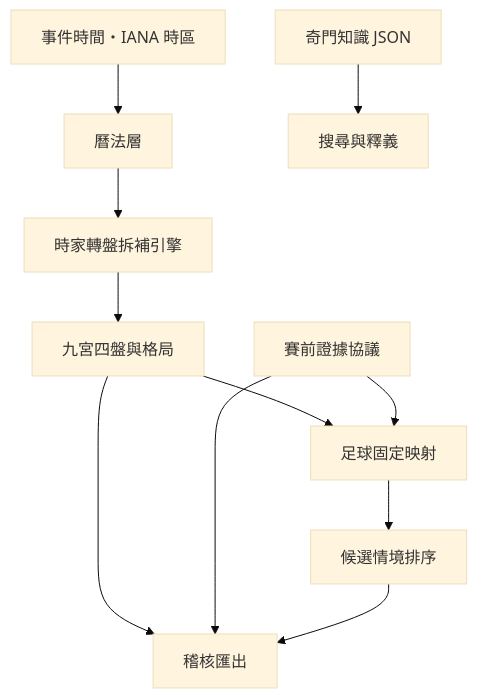
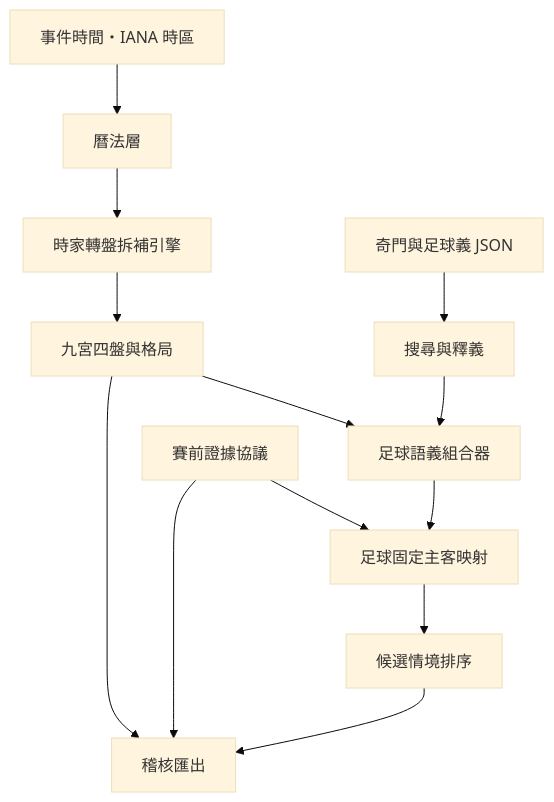
Before and after one commit to wujoshnjr/meihua-football-streamlit: the diagram in docs/ARCHITECTURE.md, drawn with Mermaid (base theme). The commit also changed other lines of this file and 22 other files, not shown here.

````diff
--- a/docs/ARCHITECTURE.md
+++ b/docs/ARCHITECTURE.md
@@ -7,13 +7,15 @@
 ```mermaid
 flowchart TD
     A[事件時間・IANA 時區] --> B[曆法層]
     B --> C[時家轉盤拆補引擎]
     C --> D[九宮四盤與格局]
-    K[奇門知識 JSON] --> E[搜尋與釋義]
-    D --> F[足球固定映射]
+    K[奇門與足球義 JSON] --> E[搜尋與釋義]
+    D --> S[足球語義組合器]
+    E --> S
+    S --> F[足球固定主客映射]
     P[賽前證據協議] --> F
     F --> G[候選情境排序]
     D --> H[稽核匯出]
     P --> H
     G --> H
 ```
````
